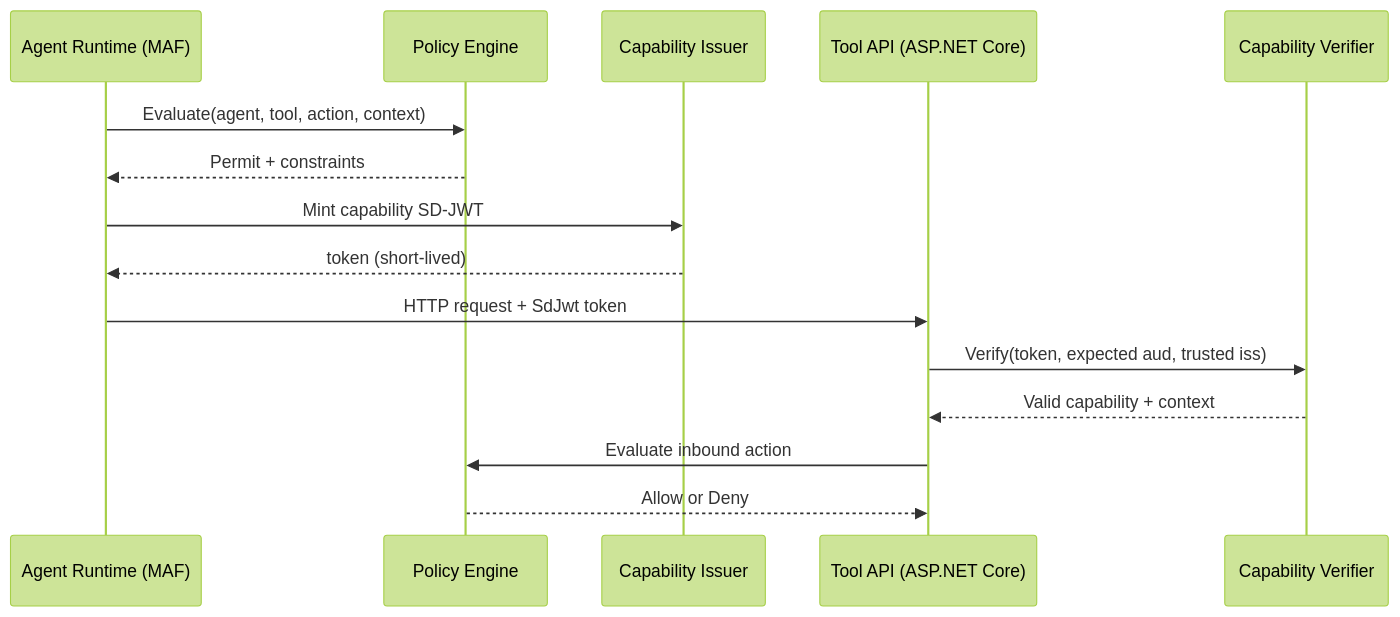
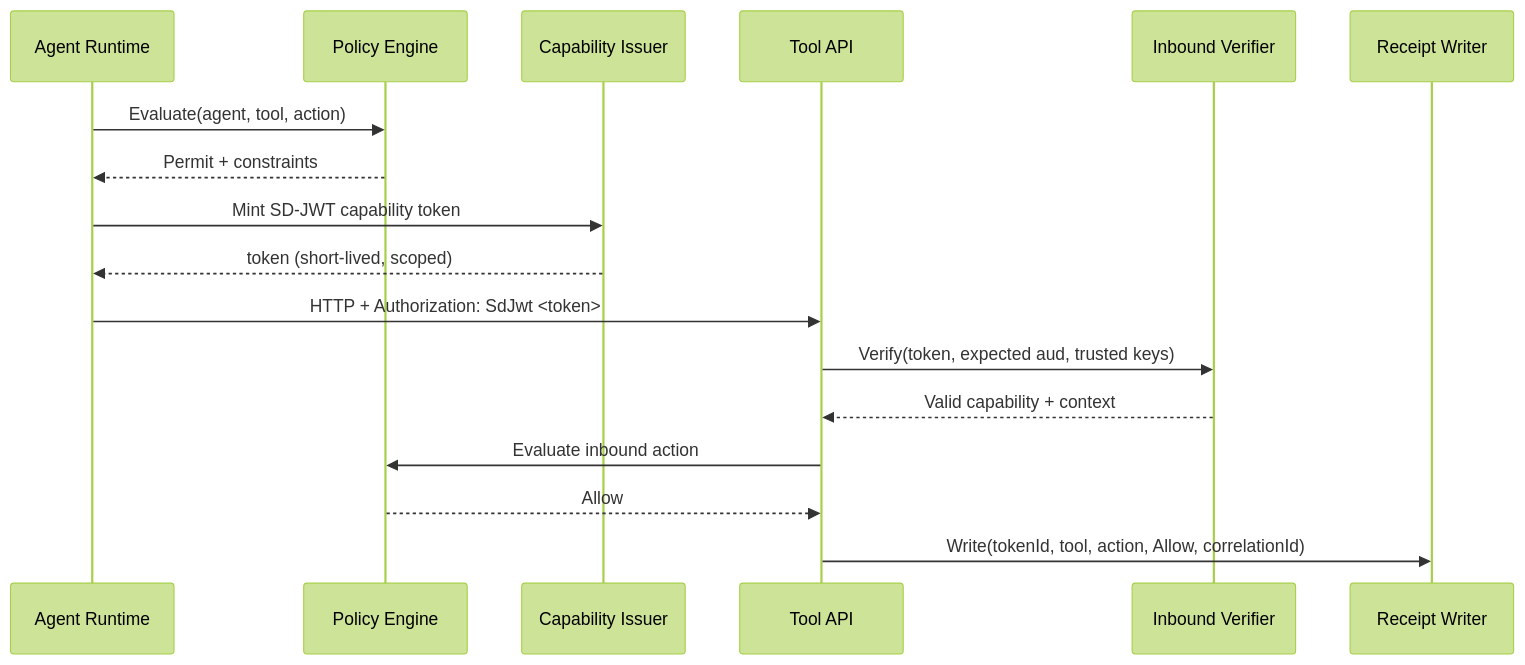
Before and after one commit to openwallet-foundation-labs/sd-jwt-dotnet: the first of 2 diagrams in docs/concepts/agent-trust-kits-deep-dive.md, drawn with Mermaid (forest theme). The commit also changed other lines of this file and 29 other files, not shown here.

First line of the commit message:
feat: Add OID4VCI AspNetCore endpoints, docs, services

````diff
--- a/docs/concepts/agent-trust-kits-deep-dive.md
+++ b/docs/concepts/agent-trust-kits-deep-dive.md
@@ -38,18 +90,20 @@
 ```mermaid
 sequenceDiagram
-    participant Agent as Agent Runtime (MAF)
+    participant Agent as Agent Runtime
     participant Policy as Policy Engine
-    participant Core as Capability Issuer
-    participant ToolApi as Tool API (ASP.NET Core)
-    participant Verifier as Capability Verifier
+    participant Issuer as Capability Issuer
+    participant Tool as Tool API
+    participant Verifier as Inbound Verifier
+    participant Receipt as Receipt Writer
 
-    Agent->>Policy: Evaluate(agent, tool, action, context)
+    Agent->>Policy: Evaluate(agent, tool, action)
     Policy-->>Agent: Permit + constraints
-    Agent->>Core: Mint capability SD-JWT
-    Core-->>Agent: token (short-lived)
-    Agent->>ToolApi: HTTP request + SdJwt token
-    ToolApi->>Verifier: Verify(token, expected aud, trusted iss)
-    Verifier-->>ToolApi: Valid capability + context
-    ToolApi->>Policy: Evaluate inbound action
-    Policy-->>ToolApi: Allow or Deny
+    Agent->>Issuer: Mint SD-JWT capability token
+    Issuer-->>Agent: token (short-lived, scoped)
+    Agent->>Tool: HTTP + Authorization: SdJwt <token>
+    Tool->>Verifier: Verify(token, expected aud, trusted keys)
+    Verifier-->>Tool: Valid capability + context
+    Tool->>Policy: Evaluate inbound action
+    Policy-->>Tool: Allow
+    Tool->>Receipt: Write(tokenId, tool, action, Allow, correlationId)
 ```
````
